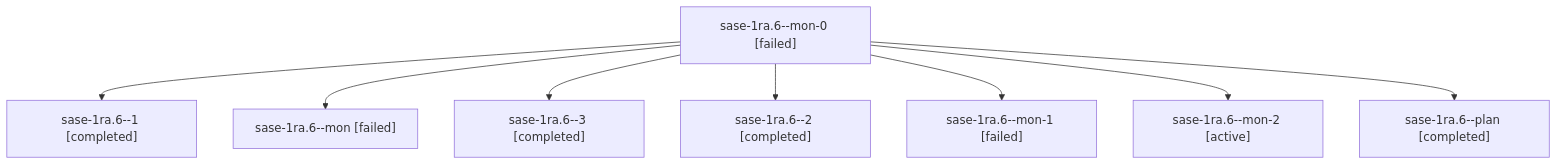
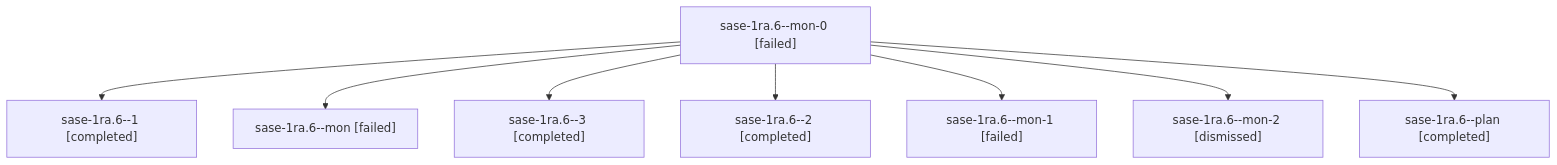
One commit to sase-org/sase--agents changed the diagram in sessions/bbugyi200.athena.sase-1ra.6.md. Above: the diagram before and after it, drawn with Mermaid. The commit also changed other lines of this file and 56 other files, not shown here.

````diff
--- a/sessions/bbugyi200.athena.sase-1ra.6.md
+++ b/sessions/bbugyi200.athena.sase-1ra.6.md
@@ -9,18 +9,18 @@
 ```mermaid
 flowchart TD
   n0["sase-1ra.6--mon-0 [failed]"]
   n1["sase-1ra.6--1 [completed]"]
   n0 --> n1
   n2["sase-1ra.6--mon [failed]"]
   n0 --> n2
   n3["sase-1ra.6--3 [completed]"]
   n0 --> n3
   n4["sase-1ra.6--2 [completed]"]
   n0 --> n4
   n5["sase-1ra.6--mon-1 [failed]"]
   n0 --> n5
-  n6["sase-1ra.6--mon-2 [active]"]
+  n6["sase-1ra.6--mon-2 [dismissed]"]
   n0 --> n6
   n7["sase-1ra.6--plan [completed]"]
   n0 --> n7
 ```
````
